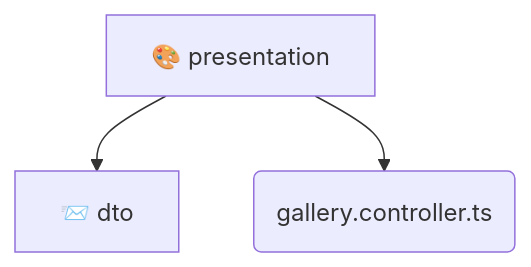
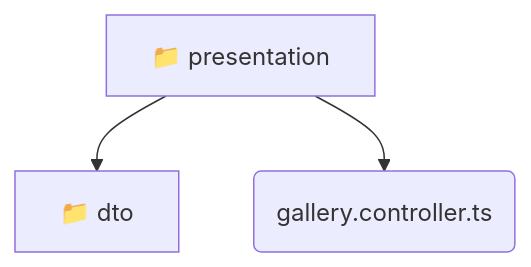
The diagram in backend/src/modules/gallery/presentation/README.md (beginwebdev2002/fullstack-mavluda), drawn with Mermaid before and after one commit. The commit also changed other lines of this file and 155 other files, not shown here.

````diff
--- a/backend/src/modules/gallery/presentation/README.md
+++ b/backend/src/modules/gallery/presentation/README.md
@@ -9,6 +9,6 @@
 ```mermaid
 graph TD
-  presentation[🎨 presentation]
-  presentation --> dto[📨 dto]
-  presentation --> gallery_controller_ts(gallery.controller.ts)
+  presentation[📁 presentation]
+  presentation --> presentation_dto[📁 dto]
+  presentation --> presentation_gallery_controller_ts(gallery.controller.ts)
 ```
````
